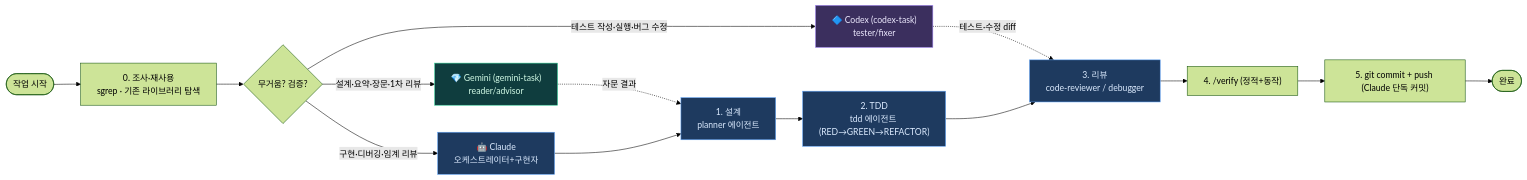
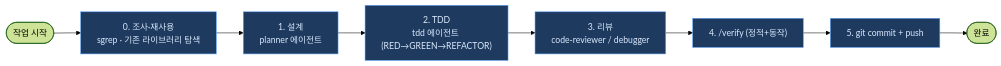
One commit to jomarusoup/Arachne changed the fourth of 4 diagrams in docs/ARCHITECTURE.md. Above: the diagram before and after it, drawn with Mermaid (forest theme). The commit also changed other lines of this file and 13 other files, not shown here.

````diff
--- a/docs/ARCHITECTURE.md
+++ b/docs/ARCHITECTURE.md
@@ -378,25 +298,13 @@
 ```mermaid
 flowchart LR
     START([작업 시작]) --> INV["0. 조사·재사용<br/>sgrep · 기존 라이브러리 탐색"]
-    INV --> ROUTE{무거움? 검증?}
-
-    ROUTE -->|"설계·요약·장문·1차 리뷰"| GEMINI["💎 Gemini (gemini-task)<br/>reader/advisor"]
-    ROUTE -->|"구현·디버깅·임계 리뷰"| CLAUDE["🤖 Claude<br/>오케스트레이터+구현자"]
-    ROUTE -->|"테스트 작성·실행·버그 수정"| CODEX["🔷 Codex (codex-task)<br/>tester/fixer"]
-
-    GEMINI -.->|자문 결과| PLAN
-    CODEX -.->|테스트·수정 diff| REVIEW
-    CLAUDE --> PLAN["1. 설계<br/>planner 에이전트"]
+    INV --> PLAN["1. 설계<br/>planner 에이전트"]
     PLAN --> TDD["2. TDD<br/>tdd 에이전트 (RED→GREEN→REFACTOR)"]
     TDD --> REVIEW["3. 리뷰<br/>code-reviewer / debugger"]
     REVIEW --> VERIFY["4. /verify (정적+동작)"]
-    VERIFY --> COMMIT["5. git commit + push (Claude 단독 커밋)"]
+    VERIFY --> COMMIT["5. git commit + push"]
     COMMIT --> END([완료])
 
-    classDef gem fill:#0f3d3e,stroke:#34d399,color:#d1fae5;
     classDef cla fill:#1e3a5f,stroke:#60a5fa,color:#dbeafe;
-    classDef cdx fill:#3b2f5e,stroke:#a78bfa,color:#ede9fe;
-    class GEMINI gem;
-    class CLAUDE,PLAN,TDD,REVIEW cla;
-    class CODEX cdx;
+    class INV,PLAN,TDD,REVIEW,VERIFY,COMMIT cla;
 ```
````
